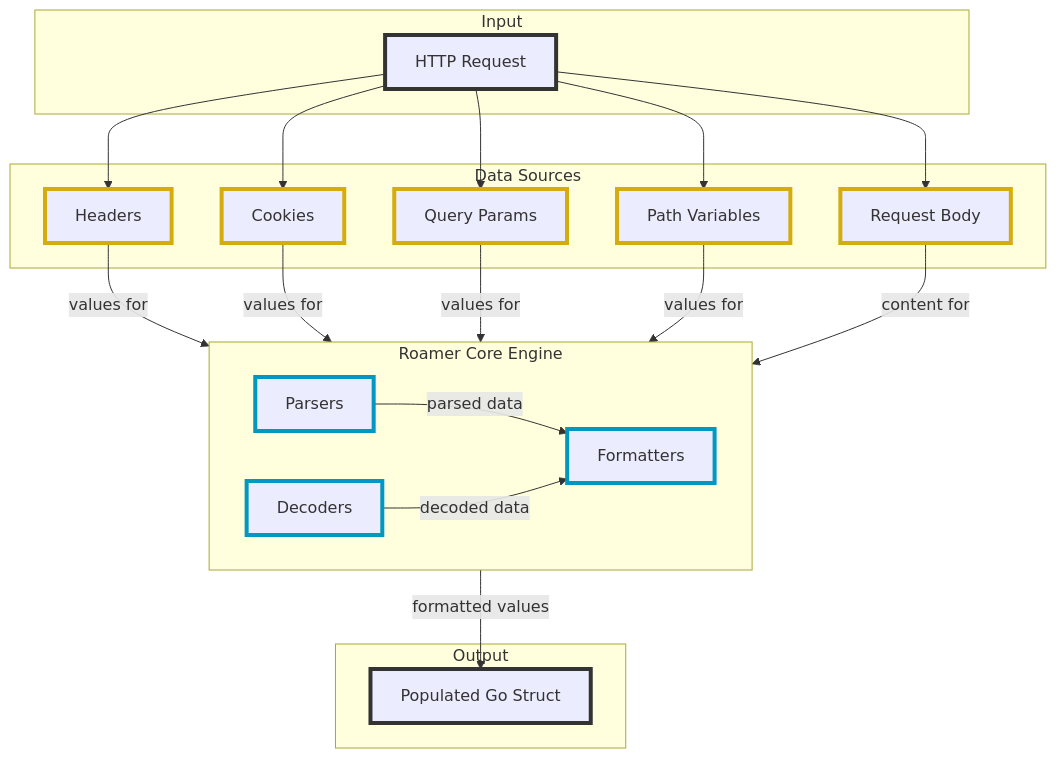
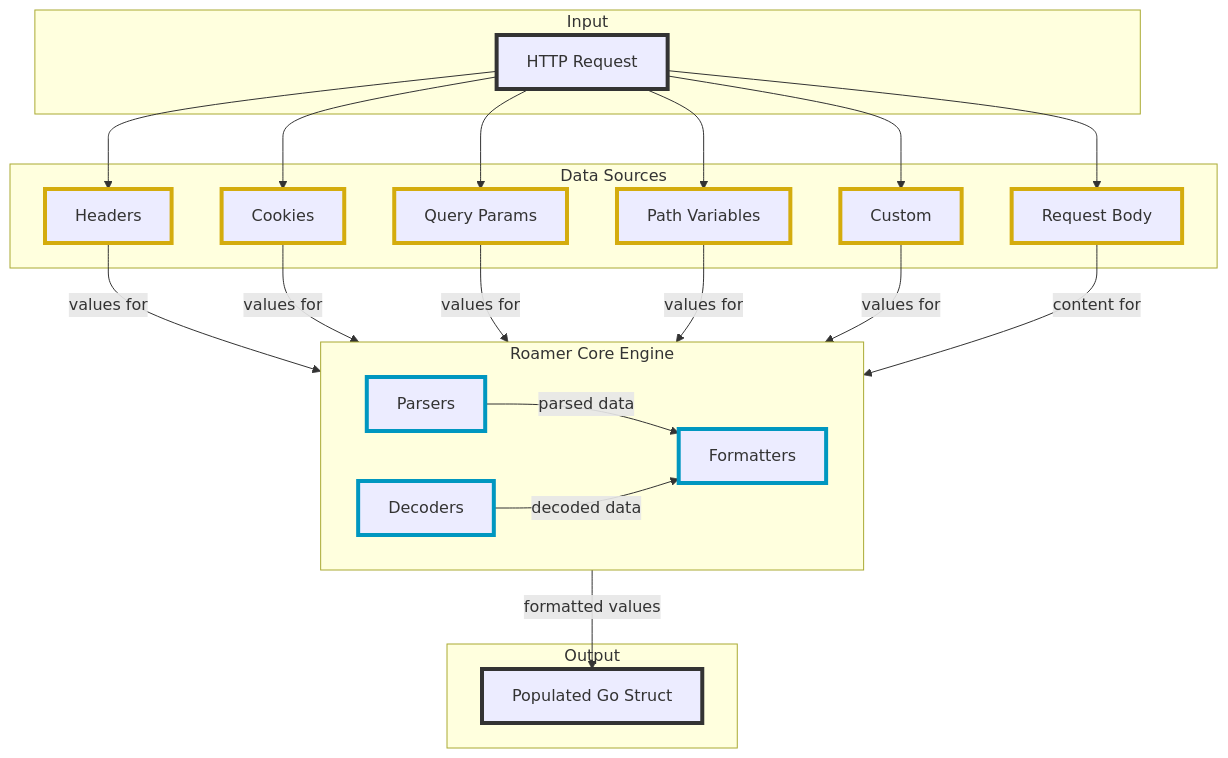
One commit to slipros/roamer changed the diagram in README.md. Above: the diagram before and after it, drawn with Mermaid. The commit also changed other lines of this file and 14 other files, not shown here.

````diff
--- a/README.md
+++ b/README.md
@@ -11,42 +12,43 @@
 ```mermaid
 graph TD
     subgraph "Input"
         A[HTTP Request]
     end
 
     subgraph "Data Sources"
         B1[Headers]
         B2[Cookies]
         B3[Query Params]
         B4[Path Variables]
         B5[Request Body]
+        B6[Custom]
     end
 
     subgraph "Roamer Core Engine"
         direction LR
         P[Parsers]
         D[Decoders]
         F[Formatters]
     end
 
     subgraph "Output"
         E[Populated Go Struct]
     end
 
-    A --> B1 & B2 & B3 & B4 & B5
+    A --> B1 & B2 & B3 & B4 & B5 & B6
 
-    B1 & B2 & B3 & B4 -- values for --> P
+    B1 & B2 & B3 & B4 & B6 -- values for --> P
     B5 -- content for --> D
 
     P -- parsed data --> F
     D -- decoded data --> F
 
     F -- formatted values --> E
 
     classDef source stroke:#d4ac0d,stroke-width:4px
     classDef core stroke:#0097c0,stroke-width:4px
     classDef io stroke:#333,stroke-width:4px
     class A,E io
-    class B1,B2,B3,B4,B5 source
+    class B1,B2,B3,B4,B5,B6 source
     class P,D,F core
 ```
````
